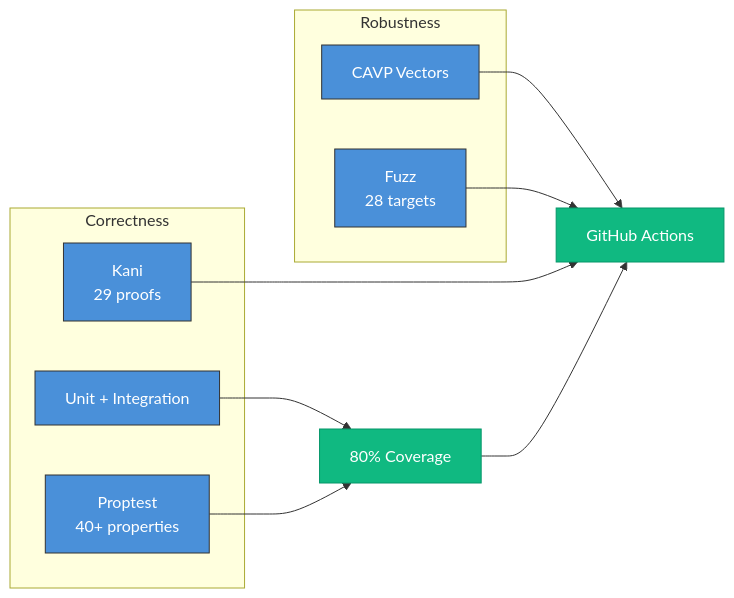
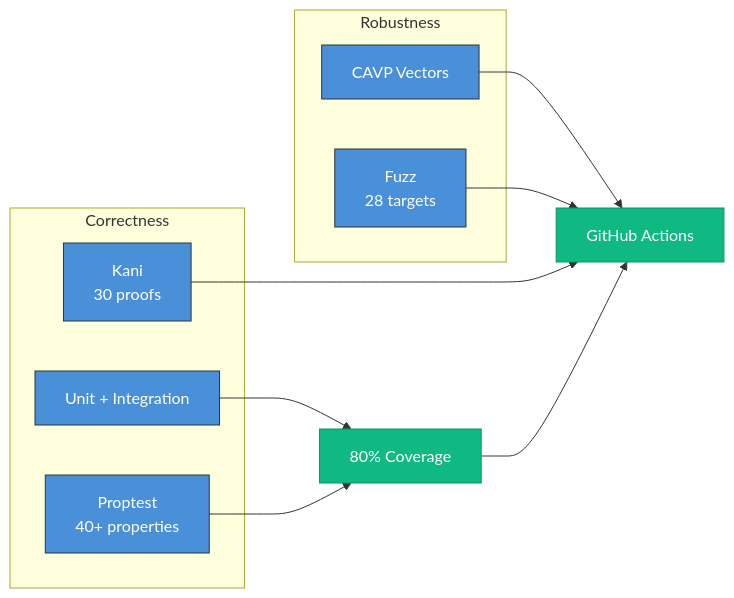
Before and after one commit to LatticeArc/latticearc: the eighth of 8 diagrams in docs/DESIGN.md, drawn with Mermaid. The commit also changed other lines of this file and 16 other files, not shown here.

````diff
--- a/docs/DESIGN.md
+++ b/docs/DESIGN.md
@@ -458,25 +458,25 @@
 ```mermaid
 flowchart LR
     subgraph "Correctness"
         UNIT[Unit + Integration]
         PROP[Proptest\n40+ properties]
-        KANI[Kani\n29 proofs]
+        KANI[Kani\n30 proofs]
     end
 
     subgraph "Robustness"
         CAVP[CAVP Vectors]
         FUZZ[Fuzz\n28 targets]
     end
 
     UNIT --> COV[80% Coverage]
     PROP --> COV
     CAVP --> CI[GitHub Actions]
     FUZZ --> CI
     KANI --> CI
     COV --> CI
 
     classDef test fill:#4a90d9,stroke:#333,color:#fff
     classDef gate fill:#10b981,stroke:#059669,color:#fff
     class UNIT,PROP,KANI,CAVP,FUZZ test
     class COV,CI gate
 ```
````
